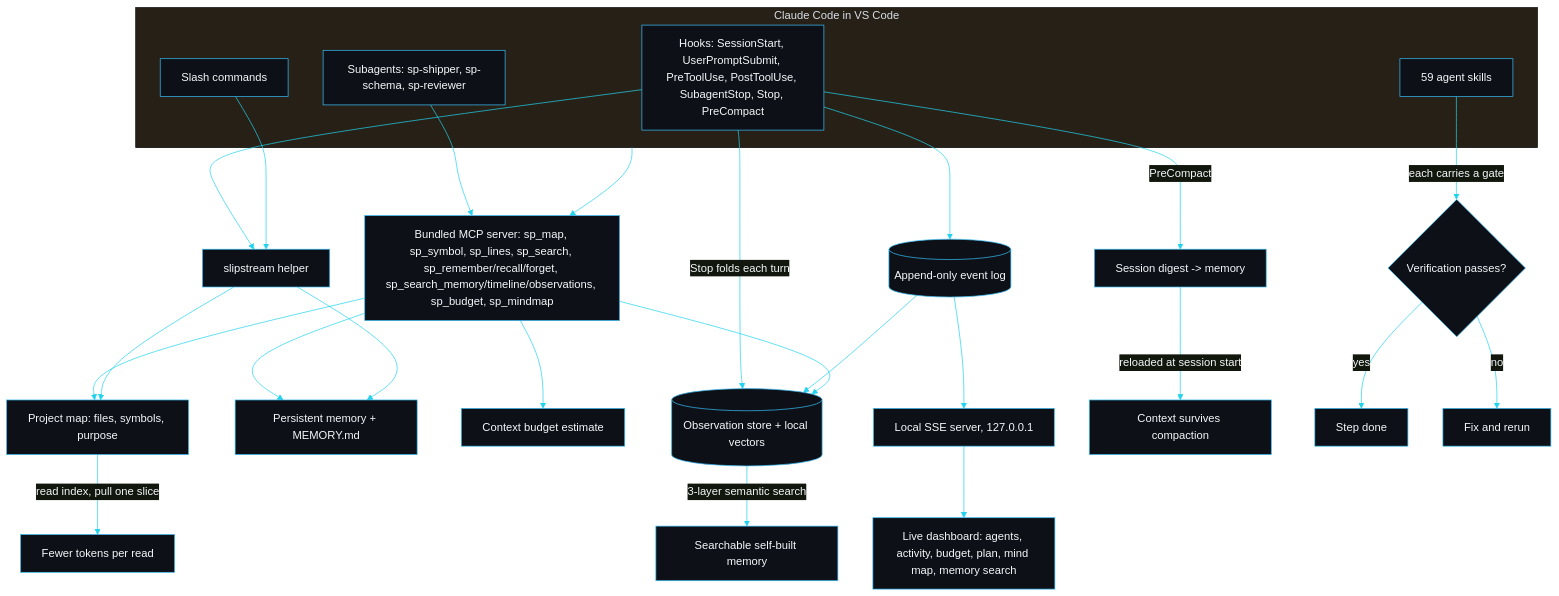
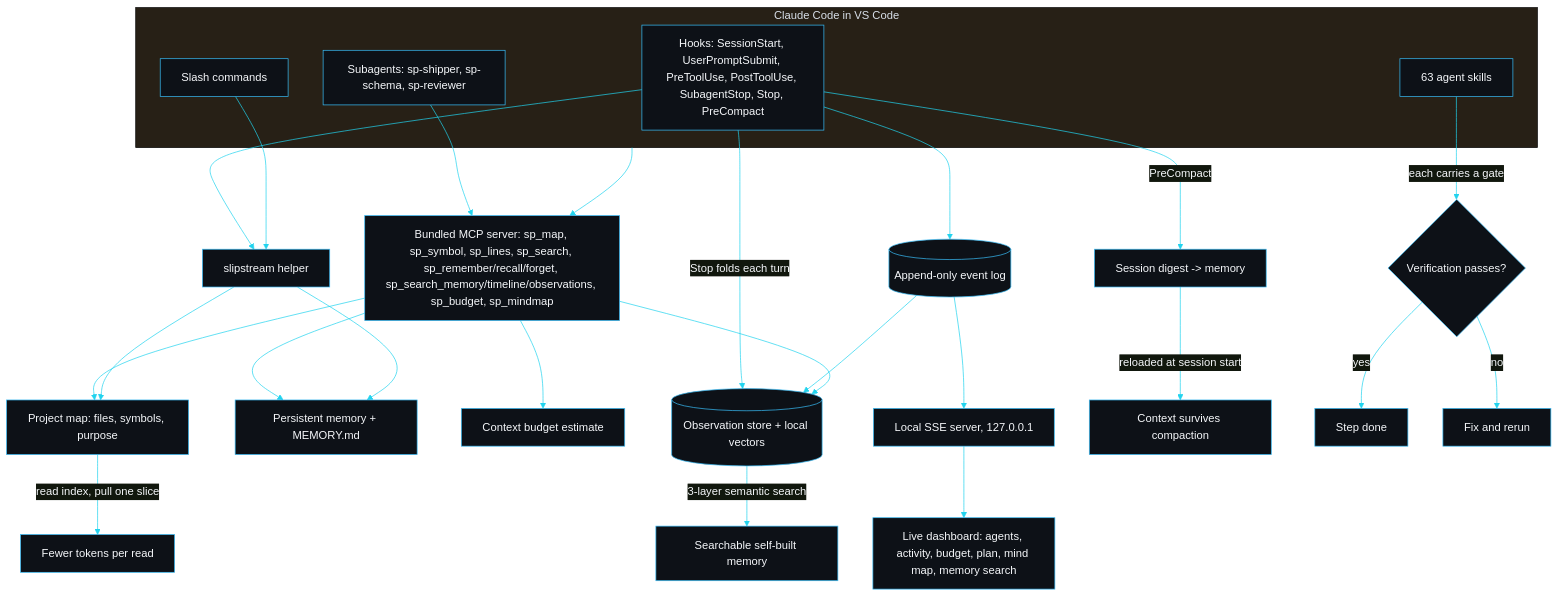
One commit to sarmakska/slipstream changed the diagram in README.md. Above: the diagram before and after it, drawn with Mermaid. The commit also changed other lines of this file and 30 other files, not shown here.

````diff
--- a/README.md
+++ b/README.md
@@ -192,35 +196,35 @@
 ```mermaid
 %%{init: {'theme':'base','themeVariables':{'primaryColor':'#0d1117','primaryTextColor':'#f5f7fa','primaryBorderColor':'#38bdf8','lineColor':'#22d3ee','fontFamily':'monospace'}}}%%
 flowchart TD
   subgraph CC[Claude Code in VS Code]
     Hooks[Hooks: SessionStart, UserPromptSubmit, PreToolUse, PostToolUse, SubagentStop, Stop, PreCompact]
     Cmds[Slash commands]
-    Skills[59 agent skills]
+    Skills[63 agent skills]
     Agents[Subagents: sp-shipper, sp-schema, sp-reviewer]
   end
 
   CC --> MCP[Bundled MCP server: sp_map, sp_symbol, sp_lines, sp_search, sp_remember/recall/forget, sp_search_memory/timeline/observations, sp_budget, sp_mindmap]
   Hooks --> Helper[slipstream helper]
   Cmds --> Helper
   Agents --> MCP
 
   MCP --> Map[Project map: files, symbols, purpose]
   Helper --> Map
   MCP --> Mem[Persistent memory + MEMORY.md]
   Helper --> Mem
   MCP --> Budget[Context budget estimate]
   Hooks -->|PreCompact| Digest[Session digest -> memory]
   Hooks --> Log[(Append-only event log)]
   Hooks -->|Stop folds each turn| Obs[(Observation store + local vectors)]
   Log --> Obs
   MCP --> Obs
   Obs -->|3-layer semantic search| Recall2[Searchable self-built memory]
   Log --> Server[Local SSE server, 127.0.0.1]
   Server --> UI[Live dashboard: agents, activity, budget, plan, mind map, memory search]
 
   Map -->|read index, pull one slice| Tokens[Fewer tokens per read]
   Digest -->|reloaded at session start| Survive[Context survives compaction]
   Skills -->|each carries a gate| Gate{Verification passes?}
   Gate -->|yes| Done[Step done]
   Gate -->|no| Fix[Fix and rerun]
 ```
````
